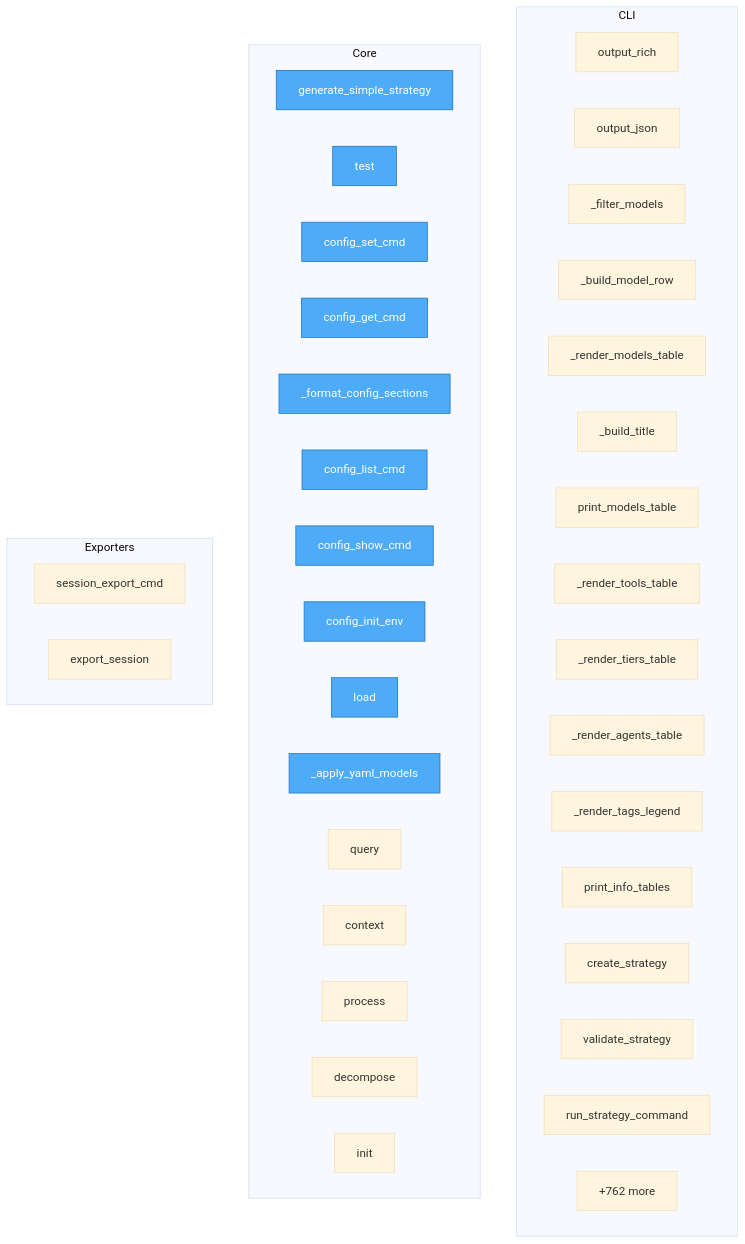
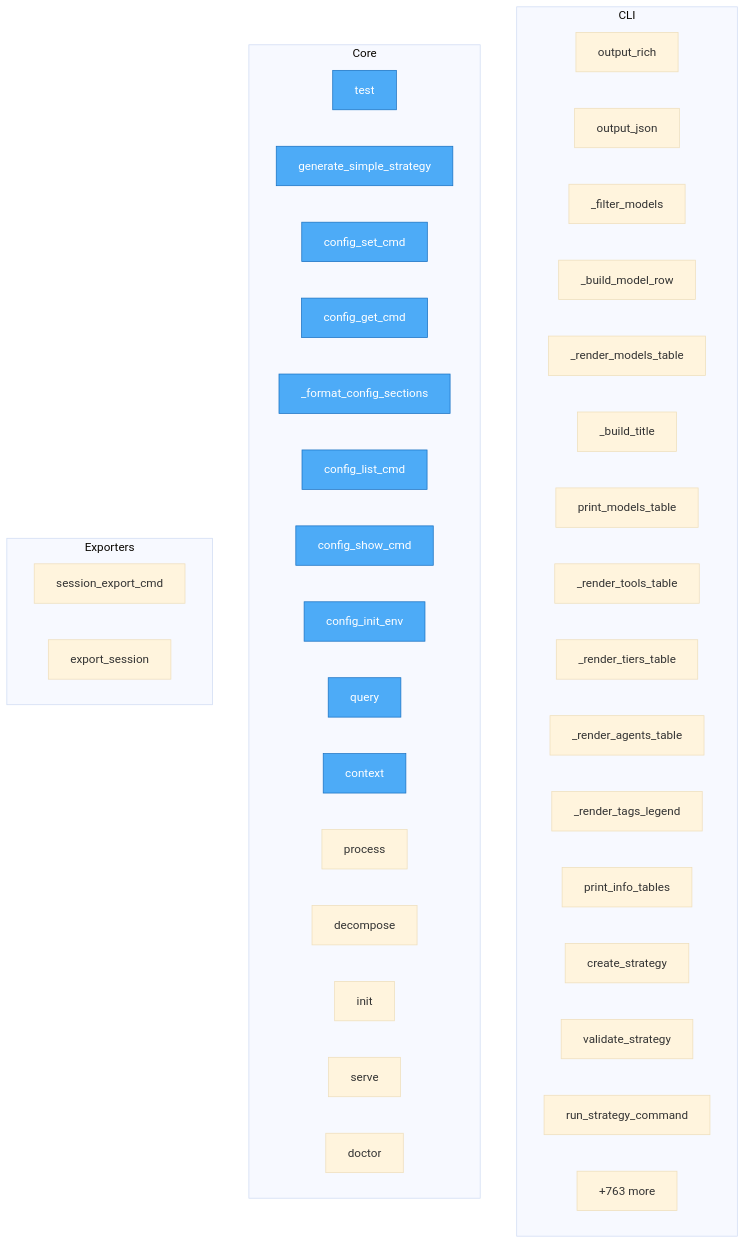
One commit to semcod/llx changed the diagram in project/flow.mmd. Above: the diagram before and after it, drawn with Mermaid (base theme). The commit also changed 83 other files, not shown here.

```diff
--- a/project/flow.mmd
+++ b/project/flow.mmd
@@ -1,49 +1,49 @@
 flowchart TD
 
     %% Entry points (blue)
     classDef entry fill:#4dabf7,stroke:#1971c2,color:#fff
 
     subgraph CLI
         llx__cli__formatters__output_rich["output_rich"]
         llx__cli__formatters__output_json["output_json"]
         llx__cli__formatters___filter_models["_filter_models"]
         llx__cli__formatters___build_model_row["_build_model_row"]
         llx__cli__formatters___render_models_table["_render_models_table"]
         llx__cli__formatters___build_title["_build_title"]
         llx__cli__formatters__print_models_table["print_models_table"]
         llx__cli__formatters___render_tools_table["_render_tools_table"]
         llx__cli__formatters___render_tiers_table["_render_tiers_table"]
         llx__cli__formatters___render_agents_table["_render_agents_table"]
         llx__cli__formatters___render_tags_legend["_render_tags_legend"]
         llx__cli__formatters__print_info_tables["print_info_tables"]
         llx__cli__strategy_commands__create_strategy["create_strategy"]
         llx__cli__strategy_commands__validate_strategy["validate_strategy"]
         llx__cli__strategy_commands__run_strategy_command["run_strategy_command"]
-        ...["+24 more"]
+        ...["+30 more"]
     end
 
     subgraph Core
+        trace__test["test"]
         simple_generate__generate_simple_strategy["generate_simple_strategy"]
-        trace__test["test"]
         llx__prellm__cli_config__config_set_cmd["config_set_cmd"]
         llx__prellm__cli_config__config_get_cmd["config_get_cmd"]
         llx__prellm__cli_config___format_config_sections["_format_config_sections"]
         llx__prellm__cli_config__config_list_cmd["config_list_cmd"]
         llx__prellm__cli_config__config_show_cmd["config_show_cmd"]
         llx__prellm__cli_config__config_init_env["config_init_env"]
-        llx__config__LlxConfig__load["load"]
-        llx__config___apply_yaml_models["_apply_yaml_models"]
         llx__prellm__cli__query["query"]
         llx__prellm__cli__context["context"]
         llx__prellm__cli__process["process"]
         llx__prellm__cli__decompose["decompose"]
         llx__prellm__cli__init["init"]
-        ...["+762 more"]
+        llx__prellm__cli__serve["serve"]
+        llx__prellm__cli__doctor["doctor"]
+        ...["+763 more"]
     end
 
     subgraph Exporters
         llx__prellm__cli__session_export_cmd["session_export_cmd"]
         llx__prellm__context__user_memory__UserMemory__export_session["export_session"]
     end
 
-    class simple_generate__generate_simple_strategy,trace__test,llx__prellm__cli_config__config_set_cmd,llx__prellm__cli_config__config_get_cmd,llx__prellm__cli_config___format_config_sections,llx__prellm__cli_config__config_list_cmd,llx__prellm__cli_config__config_show_cmd,llx__prellm__cli_config__config_init_env,llx__config__LlxConfig__load,llx__config___apply_yaml_models entry
+    class trace__test,simple_generate__generate_simple_strategy,llx__prellm__cli_config__config_set_cmd,llx__prellm__cli_config__config_get_cmd,llx__prellm__cli_config___format_config_sections,llx__prellm__cli_config__config_list_cmd,llx__prellm__cli_config__config_show_cmd,llx__prellm__cli_config__config_init_env,llx__prellm__cli__query,llx__prellm__cli__context entry
```
